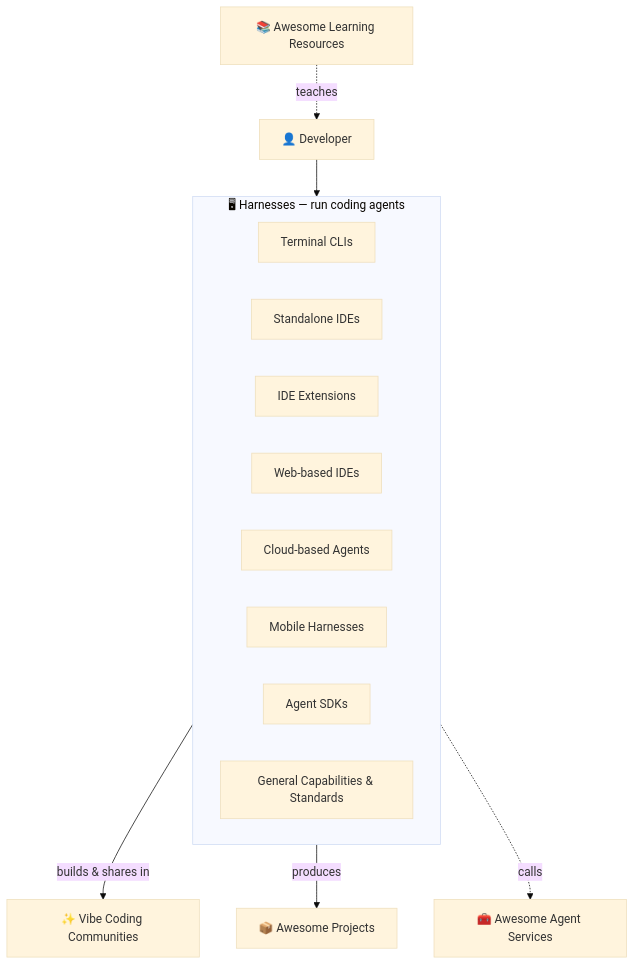
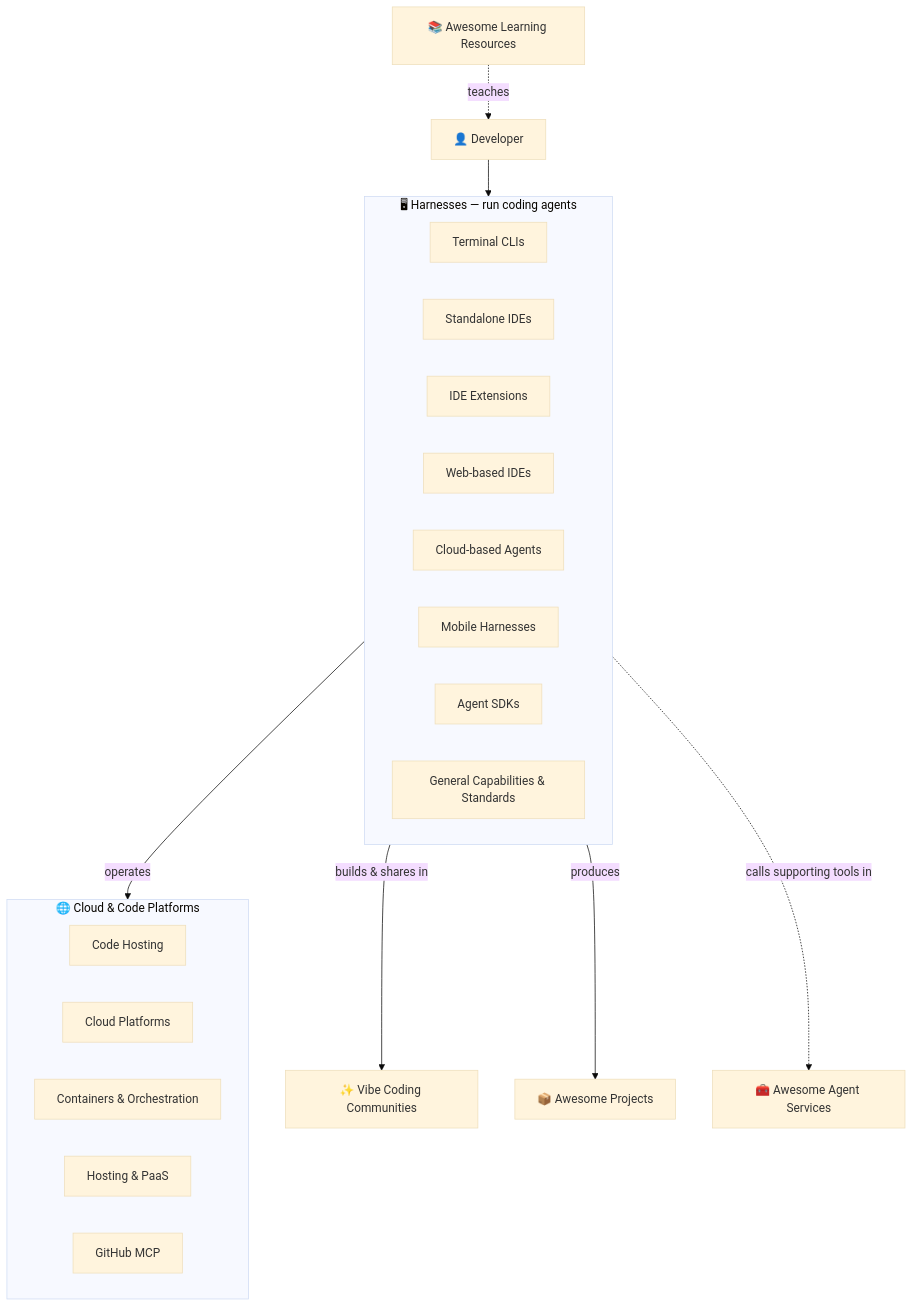
Before and after one commit to 0xWelt/Awesome-Vibe-Coding: the diagram in README.md, drawn with Mermaid (base theme). The commit also changed other lines of this file and 54 other files, not shown here.

First line of the commit message:
refactor: keep cloud and code platforms in Awesome-Vibe-Coding

````diff
--- a/README.md
+++ b/README.md
@@ -26,27 +26,37 @@
 ```mermaid
 flowchart TB
     Dev["👤 Developer"]
 
     subgraph harnesses["🖥 Harnesses — run coding agents"]
         direction LR
         H1["Terminal CLIs"]
         H2["Standalone IDEs"]
         H3["IDE Extensions"]
         H4["Web-based IDEs"]
         H5["Cloud-based Agents"]
         H6["Mobile Harnesses"]
         H7["Agent SDKs"]
         H8["General Capabilities & Standards"]
     end
 
+    subgraph platforms["🌐 Cloud & Code Platforms"]
+        direction LR
+        P1["Code Hosting"]
+        P2["Cloud Platforms"]
+        P3["Containers & Orchestration"]
+        P4["Hosting & PaaS"]
+        P5["GitHub MCP"]
+    end
+
     Comm["✨ Vibe Coding Communities"]
     Proj["📦 Awesome Projects"]
     Learn["📚 Awesome Learning Resources"]
     AAS["🧰 Awesome Agent Services"]
 
     Dev --> harnesses
+    harnesses -->|operates| platforms
     harnesses -->|builds & shares in| Comm
     harnesses -->|produces| Proj
     Learn -.->|teaches| Dev
-    harnesses -.->|calls| AAS
+    harnesses -.->|calls supporting tools in| AAS
 ```
````
